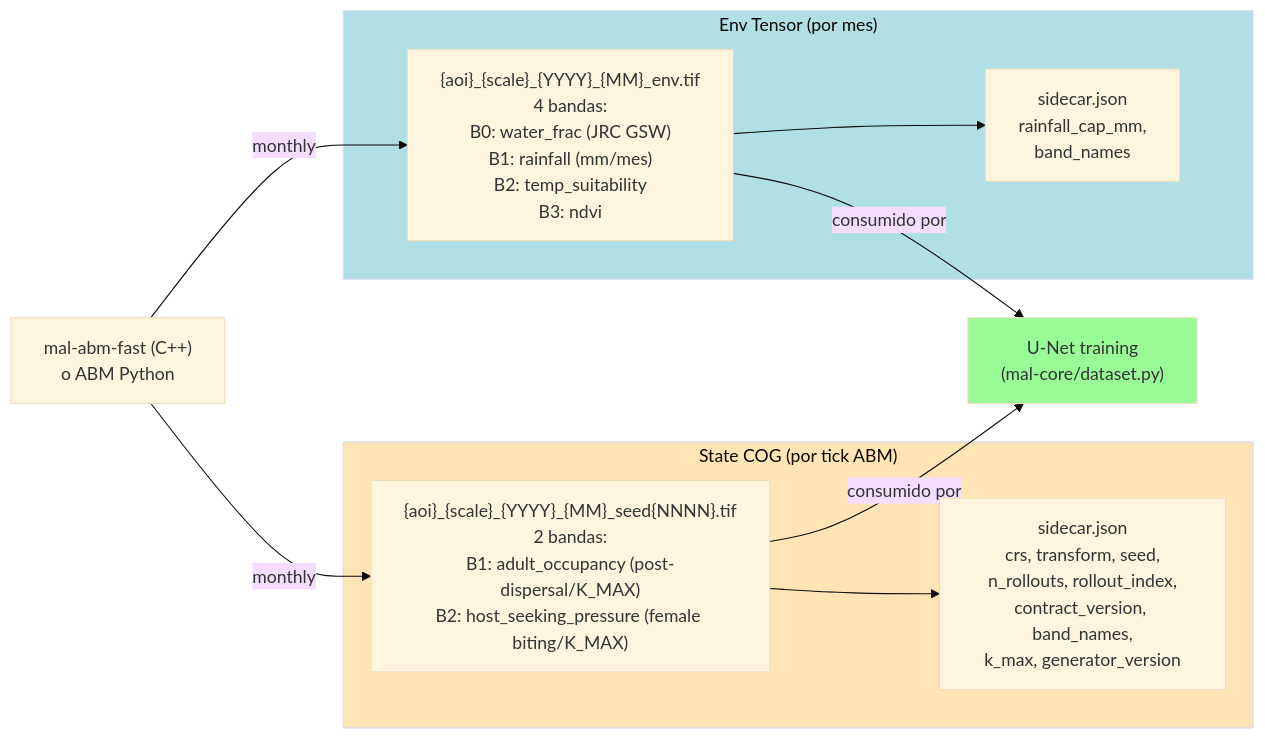
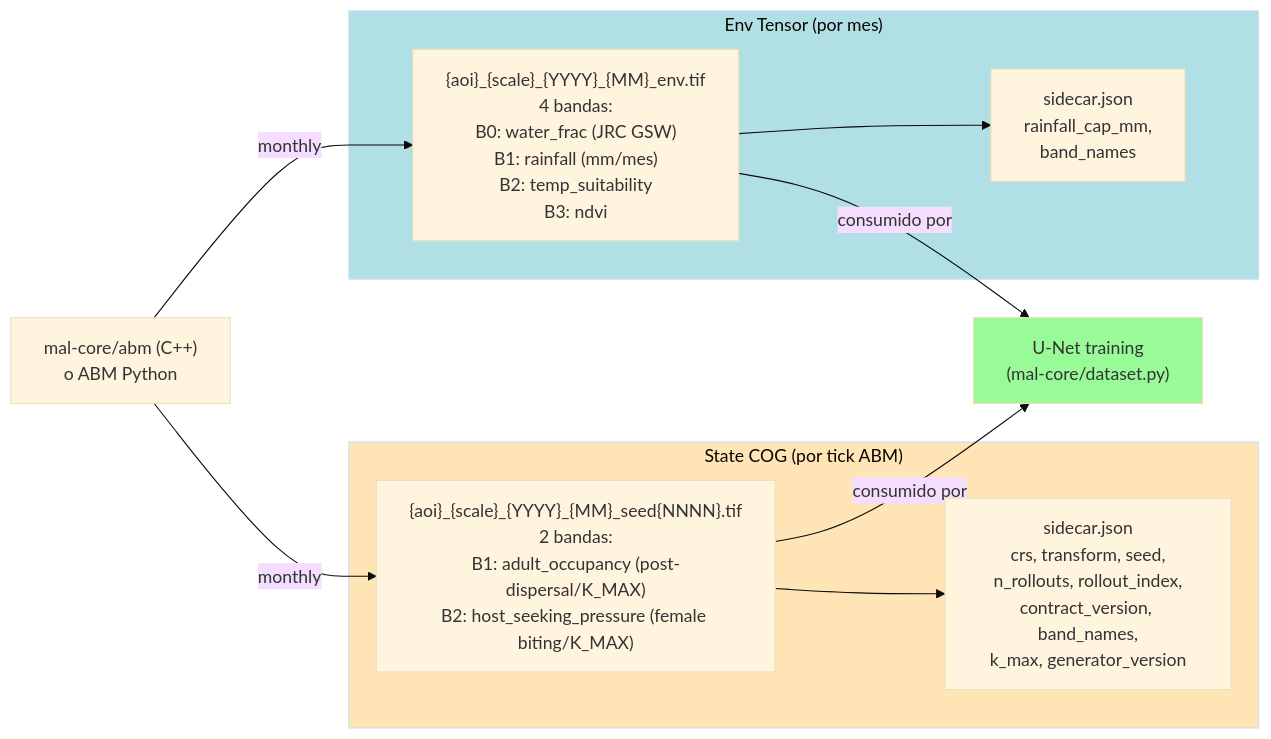
Before and after one commit to ANFAIA/MalariaSentinel: diagram 14 of 14 in docs/system-status.md, drawn with Mermaid (base theme). The commit also changed other lines of this file and 11 other files, not shown here.

````diff
--- a/docs/system-status.md
+++ b/docs/system-status.md
@@ -1041,26 +1105,26 @@
 ```mermaid
 graph LR
-    ABM["mal-abm-fast (C++)<br/>o ABM Python"]
+    ABM["mal-core/abm (C++)<br/>o ABM Python"]
 
     subgraph STATE["State COG (por tick ABM)"]
         S_TIF["{aoi}_{scale}_{YYYY}_{MM}_seed{NNNN}.tif<br/>2 bandas:<br/>B1: adult_occupancy (post-dispersal/K_MAX)<br/>B2: host_seeking_pressure (female biting/K_MAX)"]
         S_JSON["sidecar.json<br/>crs, transform, seed,<br/>n_rollouts, rollout_index,<br/>contract_version, band_names,<br/>k_max, generator_version"]
     end
 
     subgraph ENV["Env Tensor (por mes)"]
         E_TIF["{aoi}_{scale}_{YYYY}_{MM}_env.tif<br/>4 bandas:<br/>B0: water_frac (JRC GSW)<br/>B1: rainfall (mm/mes)<br/>B2: temp_suitability<br/>B3: ndvi"]
         E_JSON["sidecar.json<br/>rainfall_cap_mm,<br/>band_names"]
     end
 
     ABM -->|"monthly"| S_TIF
     S_TIF --> S_JSON
     ABM -->|"monthly"| E_TIF
     E_TIF --> E_JSON
 
     S_TIF -->|"consumido por"| UN["U-Net training<br/>(mal-core/dataset.py)"]
     E_TIF -->|"consumido por"| UN
 
     style STATE fill:#FFE4B5
     style ENV fill:#B0E0E6
     style UN fill:#98FB98
 ```
````
